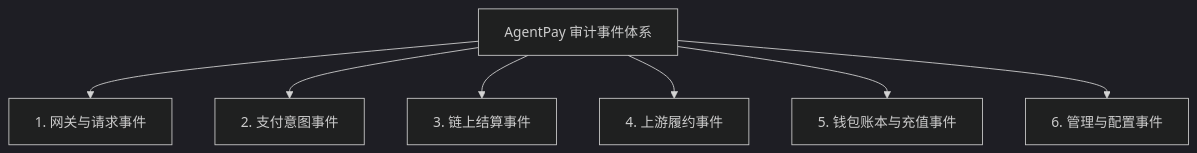
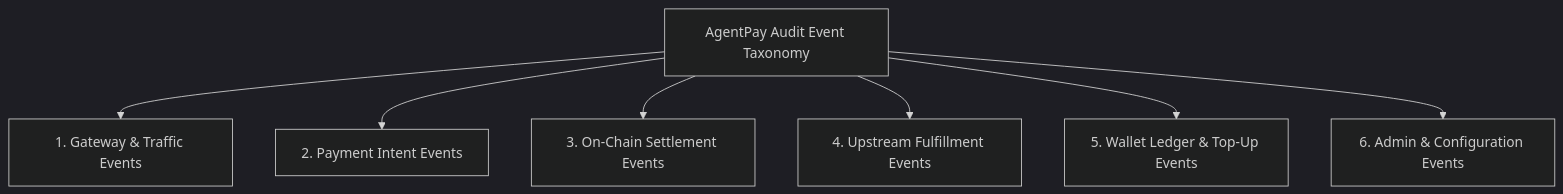
One commit to open-agentpay/AgentPay changed the diagram in specs/audit-events-spec.md. Above: the diagram before and after it, drawn with Mermaid (dark theme). The commit also changed other lines of this file and 70 other files, not shown here.

````diff
--- a/specs/audit-events-spec.md
+++ b/specs/audit-events-spec.md
@@ -124,10 +124,10 @@
 ```mermaid
 graph TD
-    AuditEvents[AgentPay 审计事件体系]
-    AuditEvents --> Traffic[1. 网关与请求事件]
-    AuditEvents --> Intent[2. 支付意图事件]
-    AuditEvents --> Settle[3. 链上结算事件]
-    AuditEvents --> Fulfill[4. 上游履约事件]
-    AuditEvents --> Wallet[5. 钱包账本与充值事件]
-    AuditEvents --> Admin[6. 管理与配置事件]
+    AuditEvents[AgentPay Audit Event Taxonomy]
+    AuditEvents --> Traffic[1. Gateway & Traffic Events]
+    AuditEvents --> Intent[2. Payment Intent Events]
+    AuditEvents --> Settle[3. On-Chain Settlement Events]
+    AuditEvents --> Fulfill[4. Upstream Fulfillment Events]
+    AuditEvents --> Wallet[5. Wallet Ledger & Top-Up Events]
+    AuditEvents --> Admin[6. Admin & Configuration Events]
 ```
````
